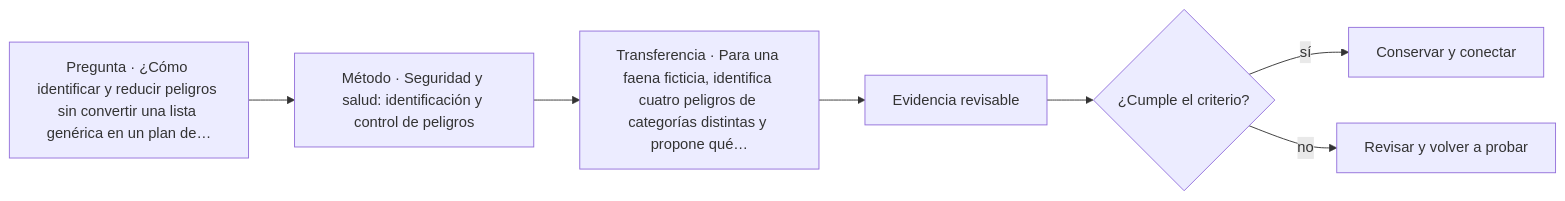
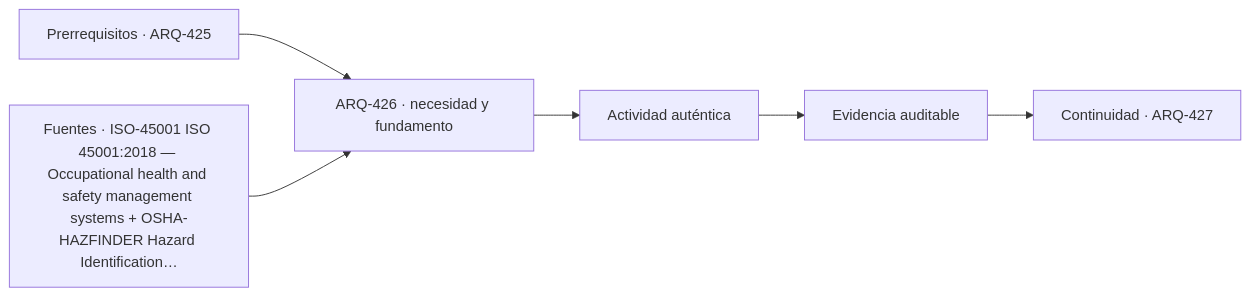
The diagram in classes/parte-43/ARQ-426.md (vladimiracunadev-create/architecture-built-environment-learning-program), drawn with Mermaid before and after one commit. The commit also changed other lines of this file and 761 other files, not shown here.

````diff
--- a/classes/parte-43/ARQ-426.md
+++ b/classes/parte-43/ARQ-426.md
@@ -75,9 +87,8 @@
 ```mermaid
 flowchart LR
-    Q["Pregunta · ¿Cómo identificar y reducir peligros sin convertir una lista genérica en un plan de…"] --> M["Método · Seguridad y salud: identificación y control de peligros"]
-    M --> P["Transferencia · Para una faena ficticia, identifica cuatro peligros de categorías distintas y propone qué…"]
-    P --> E["Evidencia revisable"]
-    E --> C{"¿Cumple el criterio?"}
-    C -->|sí| T["Conservar y conectar"]
-    C -->|no| R["Revisar y volver a probar"]
+    A["Prerrequisitos · ARQ-425"] --> B["ARQ-426 · necesidad y fundamento"]
+    S["Fuentes · ISO-45001 ISO 45001:2018 — Occupational health and safety management systems + OSHA-HAZFINDER Hazard Identification…"] --> B
+    B --> C["Actividad auténtica"]
+    C --> D["Evidencia auditable"]
+    D --> E["Continuidad · ARQ-427"]
 ```
````
